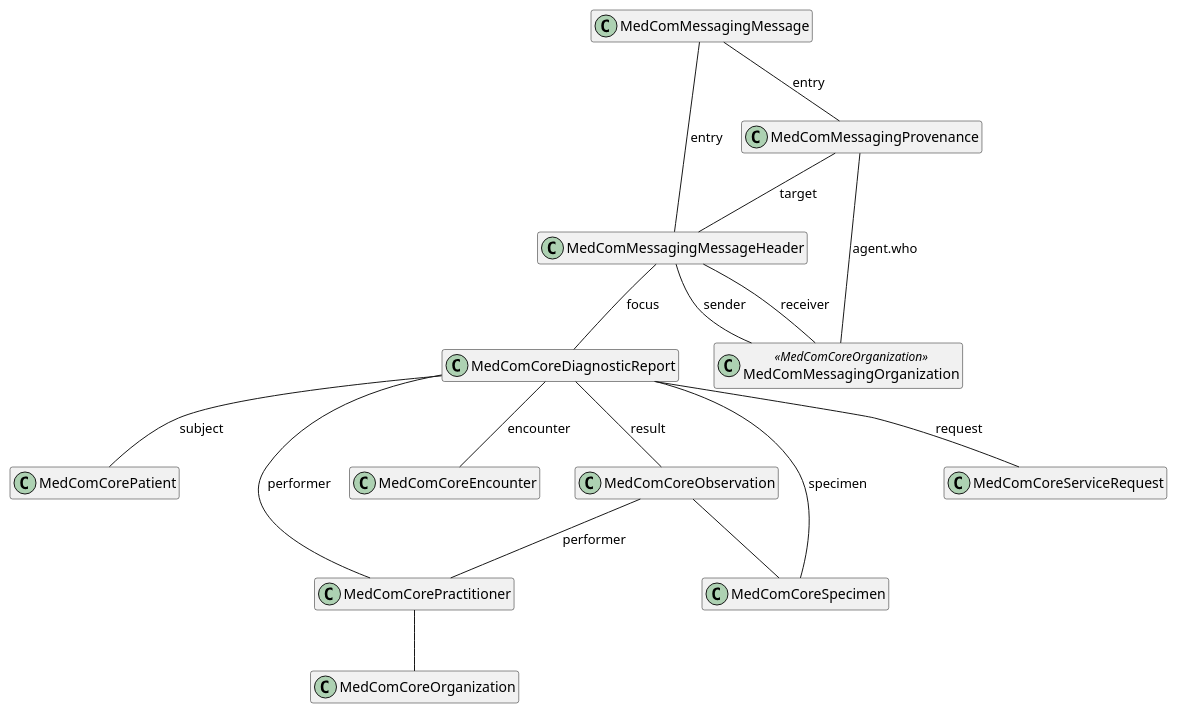
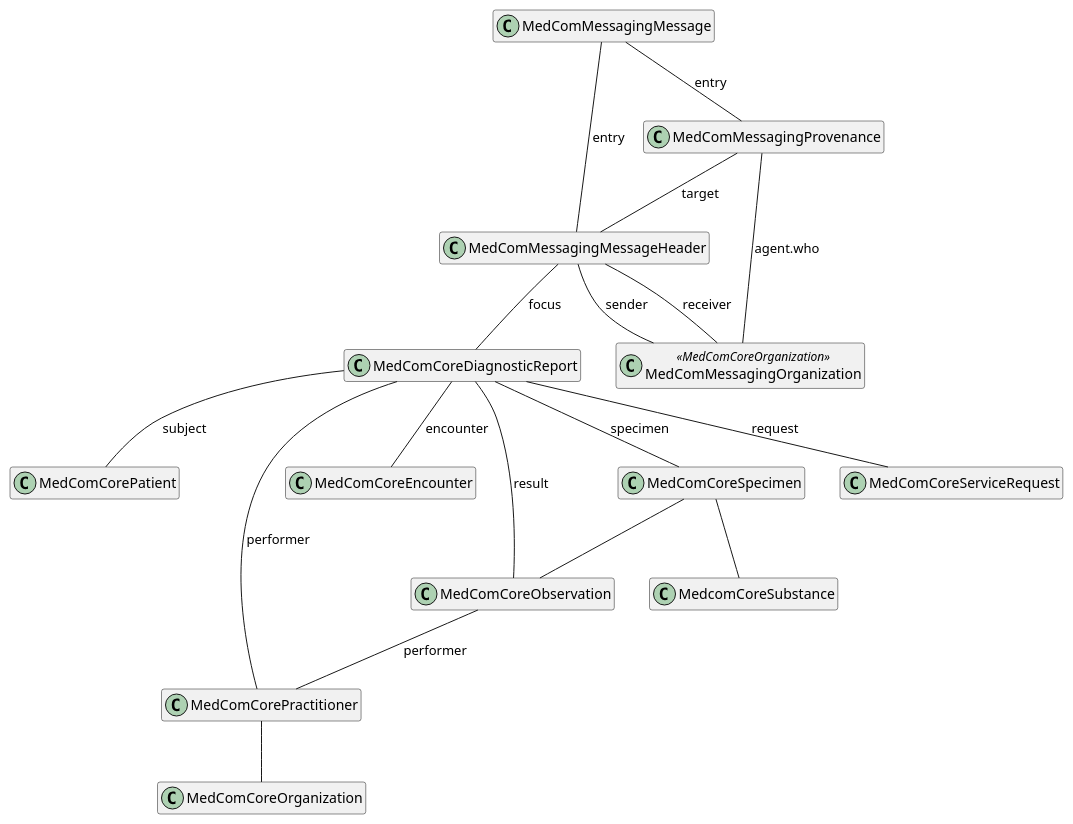
One commit to medcomdk/dk_MunicipalityObservationResults changed the diagram in puml/CareLaboratory_results.puml. Above: the diagram before and after it, drawn with PlantUML. The commit also changed 1 other file, not shown here.

Commit message:
plantuml for laboratoryresult for genomics generated

```diff
--- a/puml/CareLaboratory_results.puml
+++ b/puml/CareLaboratory_results.puml
@@ -1,38 +1,40 @@
 @startuml HomeCareObservation
 
 hide empty members
 
 top to bottom direction
 
 class "MedComMessagingMessage" as message
 class "MedComMessagingMessageHeader" as messageheader
 class "MedComMessagingProvenance" as provenance
 class "MedComMessagingOrganization" as messagingOrganization <<MedComCoreOrganization>>
 class "MedComCorePatient" as patient
 class "MedComCorePractitioner" as author
 class "MedComCoreEncounter" as encounter
 class "MedComCoreOrganization" as organization
 class "MedComCoreDiagnosticReport" as diagnosticReport
 class "MedComCoreObservation" as observation
 class "MedComCoreSpecimen" as specimen 
+class "MedcomCoreSubstance" as substance
 class "MedComCoreServiceRequest" as request
 
 
 message -- messageheader : "entry"
 messageheader -- diagnosticReport : "focus"
 diagnosticReport -- patient : "subject"
 message -- provenance : "entry"
 provenance -- messageheader : "target" 
 provenance -- messagingOrganization : "agent.who"
 diagnosticReport -- encounter : "encounter"
 diagnosticReport -- request: "request"
-diagnosticReport -- author: "performer"
 diagnosticReport -- observation : "result"
 diagnosticReport -- specimen : "specimen"
-observation -- specimen
+diagnosticReport -- author: "performer"
+specimen -- substance
+specimen --observation
 observation -- author:"performer"
 author -- organization
 messageheader -- messagingOrganization : "receiver"
 messageheader -- messagingOrganization : "sender"
 
 @enduml
```
